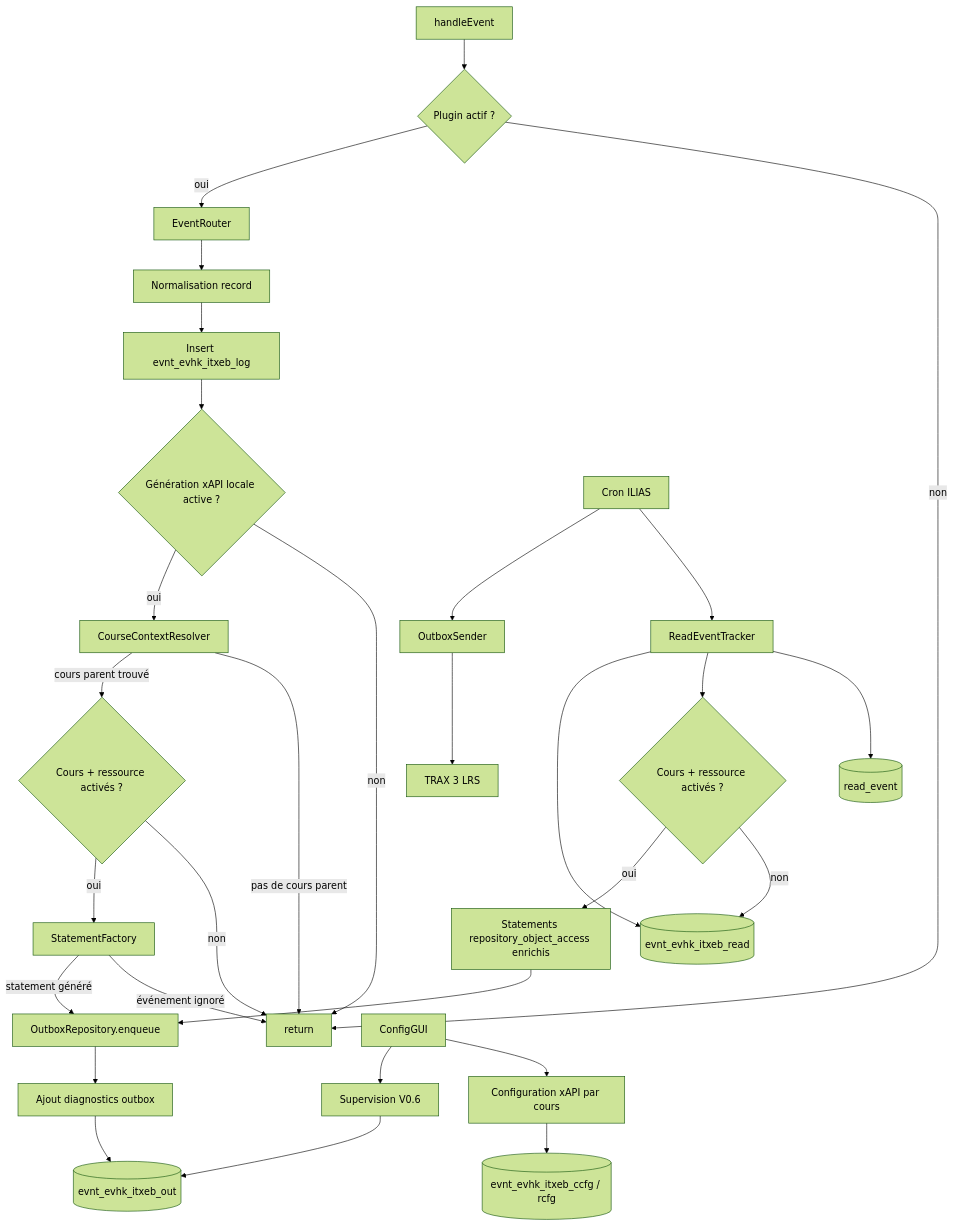
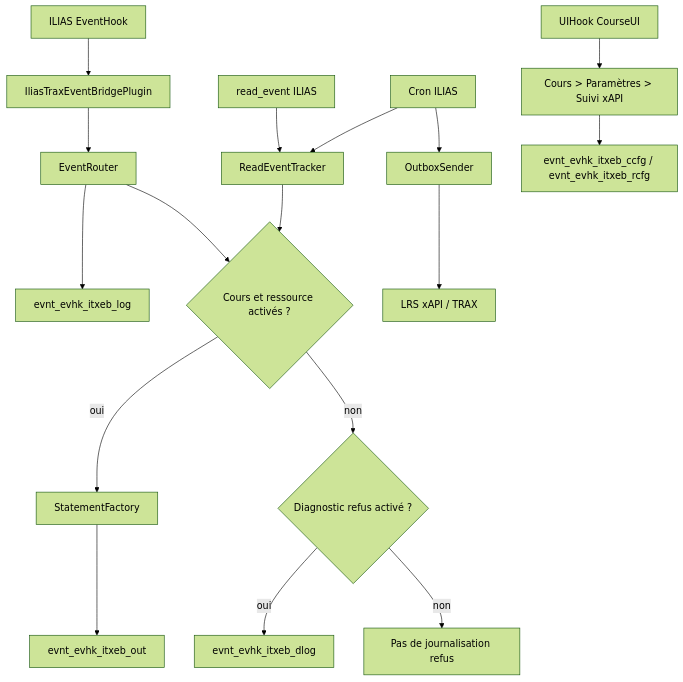
Before and after one commit to vincent-sayah/IliasTraxEventBridge: the diagram in README_TECHNIQUE.md, drawn with Mermaid (forest theme). The commit also changed other lines of this file, not shown here.

````diff
--- a/README_TECHNIQUE.md
+++ b/README_TECHNIQUE.md
@@ -170,36 +47,21 @@
 ```mermaid
 flowchart TD
-    H[handleEvent] --> C{Plugin actif ?}
-    C -->|non| END[return]
-    C -->|oui| R[EventRouter]
+    A[ILIAS EventHook] --> B[IliasTraxEventBridgePlugin]
+    B --> C[EventRouter]
+    C --> D[evnt_evhk_itxeb_log]
+    C --> E{Cours et ressource activés ?}
+    E -->|oui| F[StatementFactory]
+    F --> G[evnt_evhk_itxeb_out]
+    E -->|non| H{Diagnostic refus activé ?}
+    H -->|oui| I[evnt_evhk_itxeb_dlog]
+    H -->|non| J[Pas de journalisation refus]
 
-    R --> N[Normalisation record]
-    N --> L[Insert evnt_evhk_itxeb_log]
-    L --> G{Génération xAPI locale active ?}
-    G -->|non| END
-    G -->|oui| CRS[CourseContextResolver]
-    CRS -->|pas de cours parent| END
-    CRS -->|cours parent trouvé| CFG{Cours + ressource activés ?}
-    CFG -->|non| END
-    CFG -->|oui| F[StatementFactory]
+    K[read_event ILIAS] --> L[ReadEventTracker]
+    L --> E
+    M[Cron ILIAS] --> L
+    M --> N[OutboxSender]
+    N --> O[LRS xAPI / TRAX]
 
-    F -->|événement ignoré| END
-    F -->|statement généré| O[OutboxRepository.enqueue]
-    O --> DX[Ajout diagnostics outbox]
-    DX --> DB[(evnt_evhk_itxeb_out)]
-
-    CRON[Cron ILIAS] --> READ[ReadEventTracker]
-    READ --> READDB[(read_event)]
-    READ --> CFGREAD{Cours + ressource activés ?}
-    CFGREAD -->|non| DEDUP[(evnt_evhk_itxeb_read)]
-    CFGREAD -->|oui| OUT[Statements repository_object_access enrichis]
-    OUT --> O
-    READ --> DEDUP
-    CRON --> SEND[OutboxSender]
-    SEND --> TRAX[TRAX 3 LRS]
-
-    ADMIN[ConfigGUI] --> CCFG[Configuration xAPI par cours]
-    CCFG --> TCFG[(evnt_evhk_itxeb_ccfg / rcfg)]
-    ADMIN --> SUP[Supervision V0.6]
-    SUP --> DB
+    P[UIHook CourseUI] --> Q[Cours > Paramètres > Suivi xAPI]
+    Q --> R[evnt_evhk_itxeb_ccfg / evnt_evhk_itxeb_rcfg]
 ```
````
